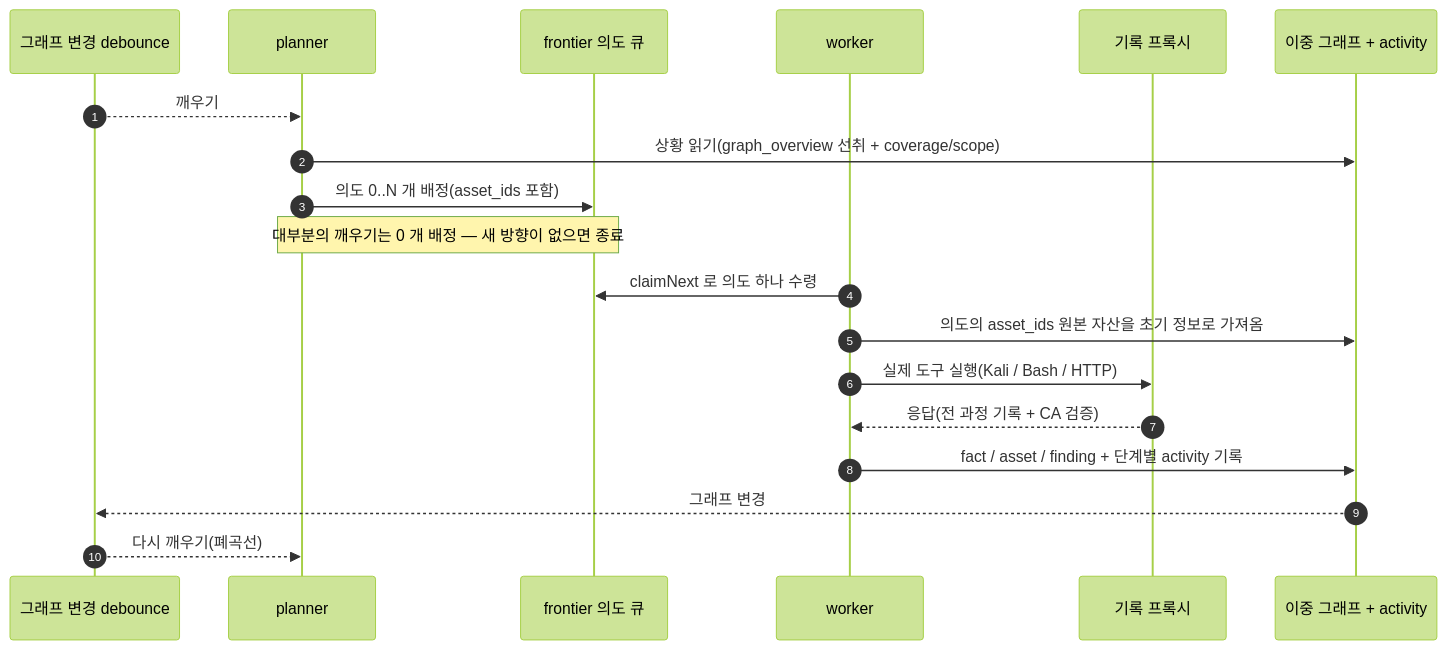
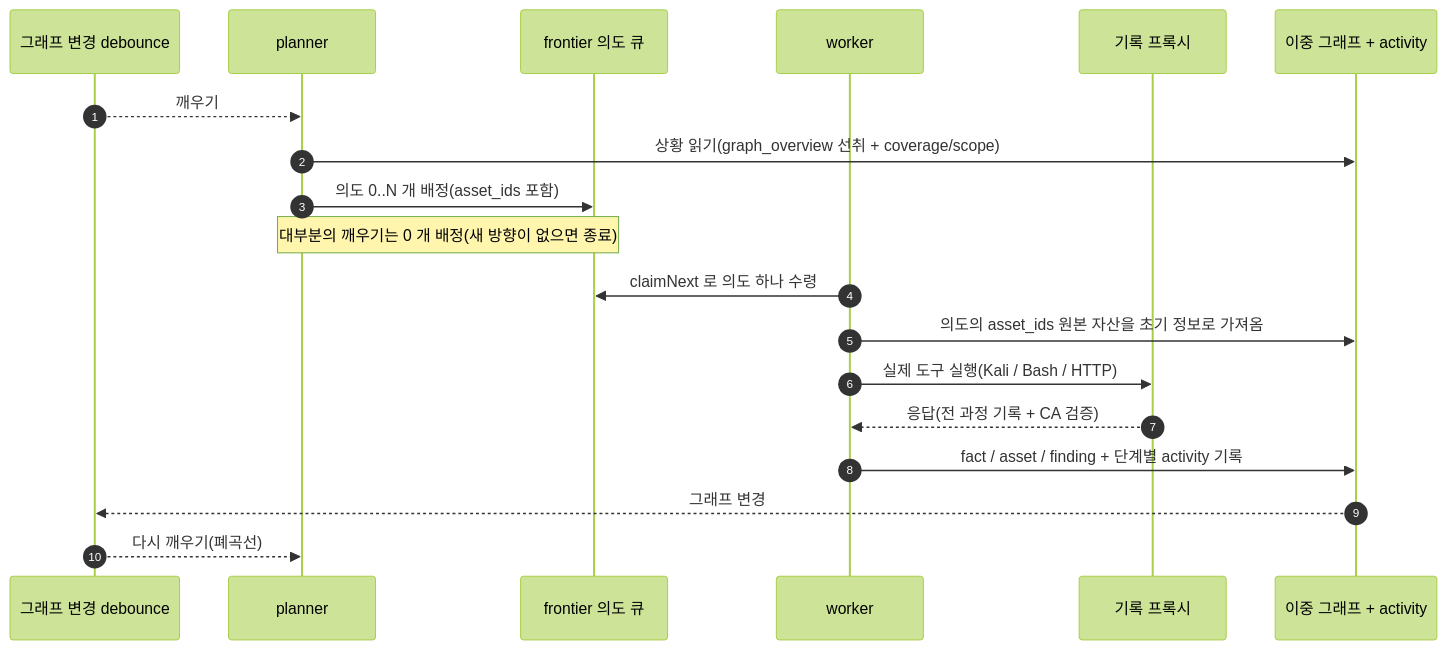
The third of 5 diagrams in README.md (j5tv9nfzhn-hue/ARTEX-HYDRA), drawn with Mermaid (forest theme) before and after one commit.

Commit message:
docs(readme): Mermaid 시퀀스 노트의 산문 엠대시 1곳을 괄호로 정정 (OBS-mermaid-emdash)
턴 190·191 의 OBS-emdash 스위프가 README 산문 엠대시를 콜론·완결 문장·괄호로
정정하면서 이 Mermaid 시퀀스 노트(planner 자기 깨우기 루프 설명) 한 곳을 빠뜨렸다.
그 결과 "먼저 읽어 주세요" 제목 보존 HTML 주석이 전제한 "이 제목만이 유일한 예외"가
실제와 어긋나 있었는데, 이 정정으로 그 전제가 사실이 된다.

- `0 개 배정 — 새 방향이 없으면 종료` → `0 개 배정(새 방향이 없으면 종료)`.
  저장소 집 규칙(한국어 산문 엠대시는 콜론·완결 문장·괄호로)에 따르고, 다이어그램
  노트라 괄호가 가장 간결하며 Mermaid 파싱에 영향이 없다.
- 한국어판(README.md)만 대상. README.zh.md(——)·README.en.md( — )는 각 언어의
  정상 문장부호라 그대로 둔다.
- 앵커·링크 영향 0(`check-doc-links.py` EXIT 0, 깨진 참조 0). Mermaid 펜스 정상.

````diff
--- a/README.md
+++ b/README.md
@@ -269,22 +269,22 @@
 ```mermaid
 sequenceDiagram
   autonumber
   participant EV as 그래프 변경 debounce
   participant P as planner
   participant FR as frontier 의도 큐
   participant W as worker
   participant PX as 기록 프록시
   participant DB as 이중 그래프 + activity
 
   EV-->>P: 깨우기
   P->>DB: 상황 읽기(graph_overview 선취 + coverage/scope)
   P->>FR: 의도 0..N 개 배정(asset_ids 포함)
-  Note over P,FR: 대부분의 깨우기는 0 개 배정 — 새 방향이 없으면 종료
+  Note over P,FR: 대부분의 깨우기는 0 개 배정(새 방향이 없으면 종료)
   W->>FR: claimNext 로 의도 하나 수령
   W->>DB: 의도의 asset_ids 원본 자산을 초기 정보로 가져옴
   W->>PX: 실제 도구 실행(Kali / Bash / HTTP)
   PX-->>W: 응답(전 과정 기록 + CA 검증)
   W->>DB: fact / asset / finding + 단계별 activity 기록
   DB-->>EV: 그래프 변경
   EV-->>P: 다시 깨우기(폐곡선)
 ```
````
